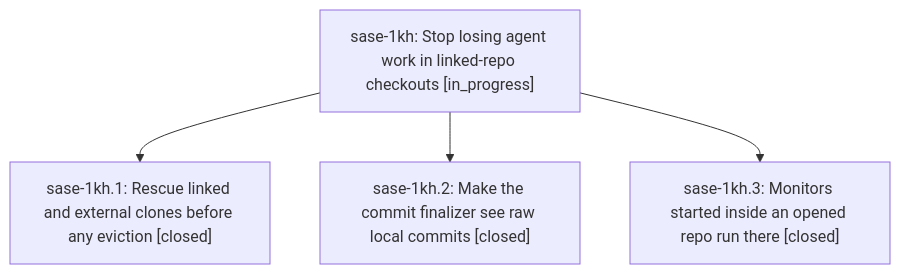
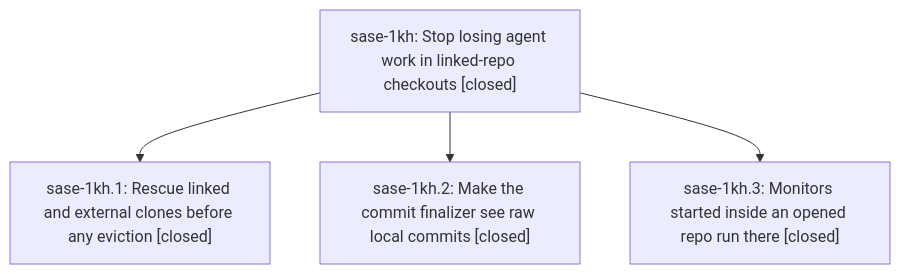
The diagram in pages/sase-1kh/README.md (sase-org/sase--beads), drawn with Mermaid before and after one commit. The commit also changed other lines of this file and 1 other file, not shown here.

First line of the commit message:
chore(beads): sync bead state and pages for sase-1kh

````diff
--- a/pages/sase-1kh/README.md
+++ b/pages/sase-1kh/README.md
@@ -36,10 +54,10 @@
 ```mermaid
 flowchart TD
-    n0["sase-1kh: Stop losing agent work in linked-repo checkouts [in_progress]"]
+    n0["sase-1kh: Stop losing agent work in linked-repo checkouts [closed]"]
     n1["sase-1kh.1: Rescue linked and external clones before any eviction [closed]"]
     n2["sase-1kh.2: Make the commit finalizer see raw local commits [closed]"]
     n3["sase-1kh.3: Monitors started inside an opened repo run there [closed]"]
     n0 --> n1
     n0 --> n2
     n0 --> n3
 ```
````
